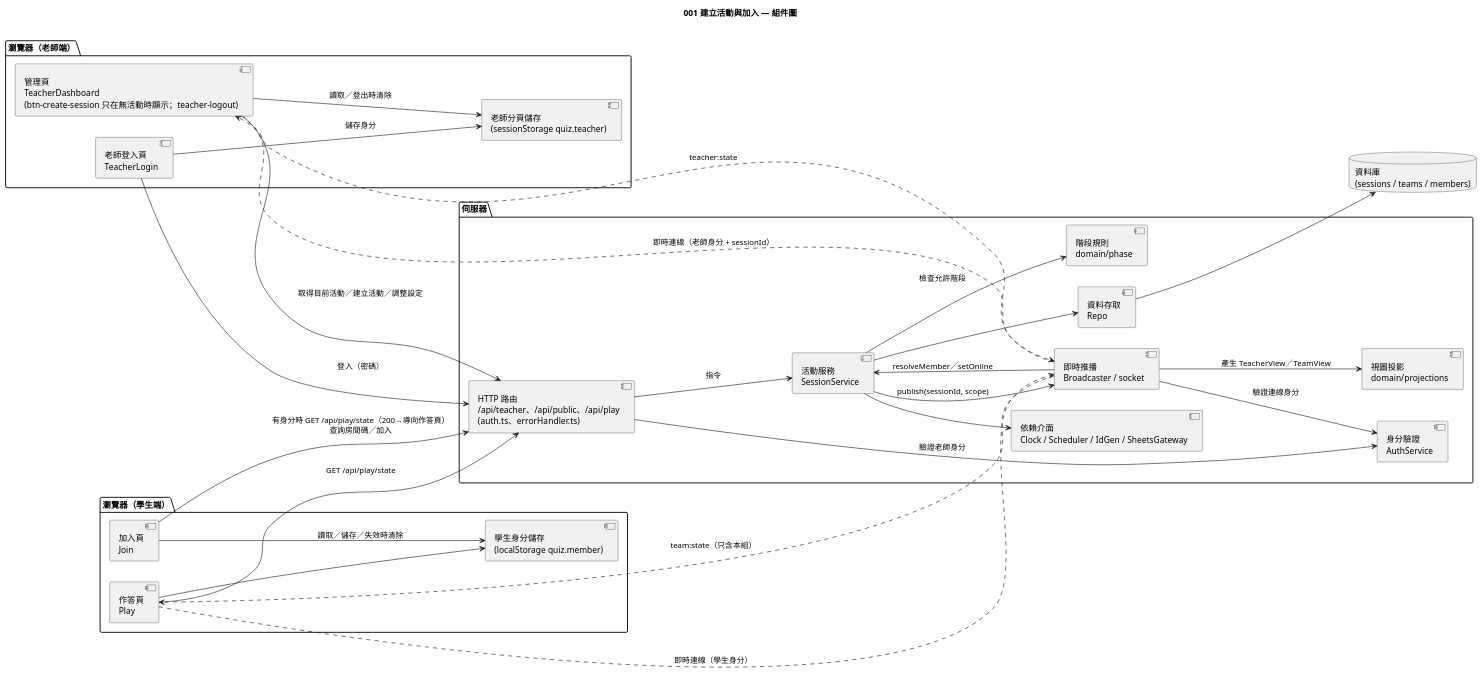
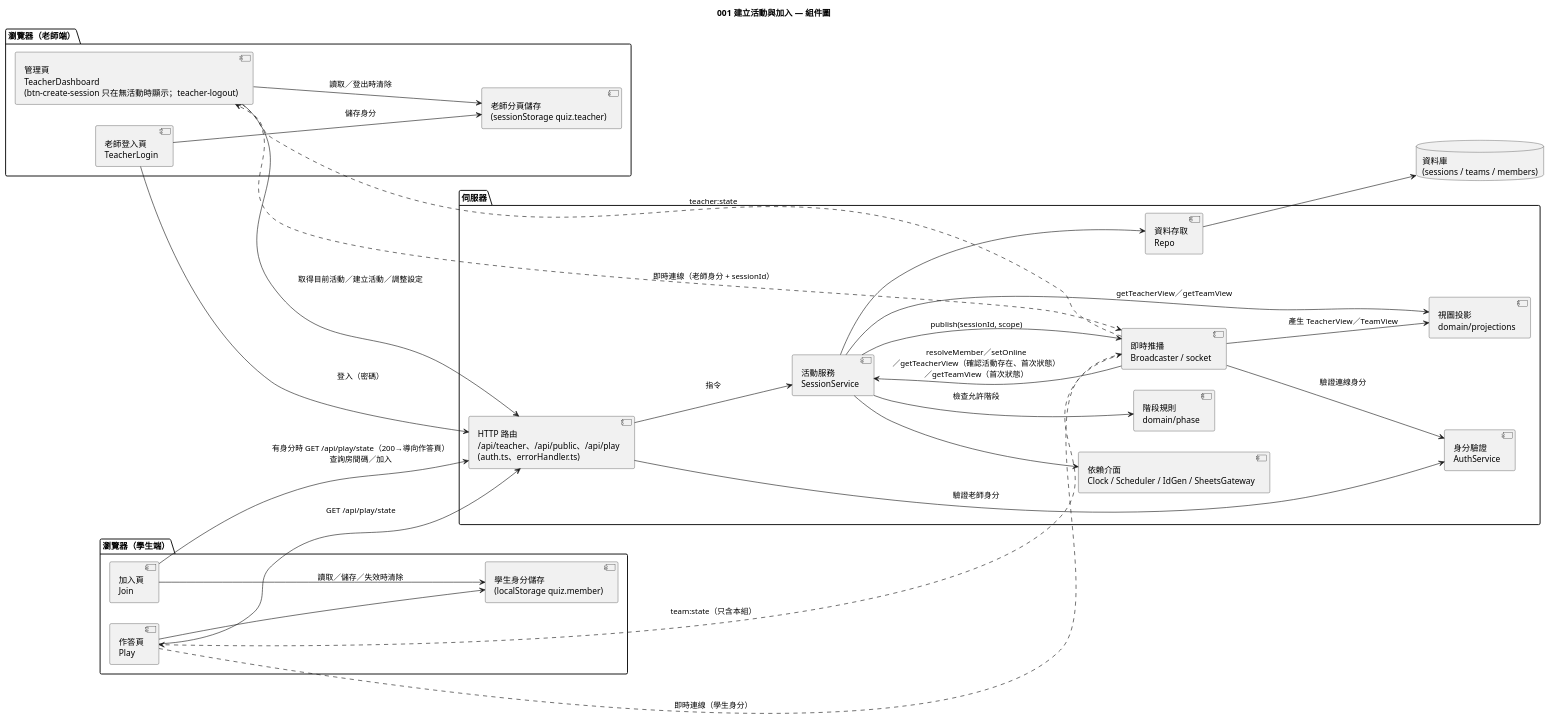
The diagram in diagrams/001-component.puml (mkj-mkj/SE_Final_Project_SpecKit), drawn with PlantUML before and after one commit. The commit also changed 49 other files, not shown here.

```diff
--- a/diagrams/001-component.puml
+++ b/diagrams/001-component.puml
@@ -1,55 +1,56 @@
 @startuml 001-component
 title 001 建立活動與加入 — 組件圖
 skinparam componentStyle uml2
 left to right direction
 
 package "瀏覽器（老師端）" {
   [老師登入頁\nTeacherLogin] as TLogin
   [管理頁\nTeacherDashboard\n(btn-create-session 只在無活動時顯示；teacher-logout)] as TDash
   [老師分頁儲存\n(sessionStorage quiz.teacher)] as TStore
 }
 
 package "瀏覽器（學生端）" {
   [加入頁\nJoin] as Join
   [作答頁\nPlay] as Play
   [學生身分儲存\n(localStorage quiz.member)] as MStore
 }
 
 package "伺服器" {
   [HTTP 路由\n/api/teacher、/api/public、/api/play\n(auth.ts、errorHandler.ts)] as Http
   [身分驗證\nAuthService] as Auth
   [活動服務\nSessionService] as Svc
   [階段規則\ndomain/phase] as Phase
   [視圖投影\ndomain/projections] as Proj
   [即時推播\nBroadcaster / socket] as RT
   [資料存取\nRepo] as Repo
   [依賴介面\nClock / Scheduler / IdGen / SheetsGateway] as Ports
 }
 
 database "資料庫\n(sessions / teams / members)" as DB
 
 TLogin --> Http : 登入（密碼）
 TDash --> Http : 取得目前活動／建立活動／調整設定
 TDash ..> RT : 即時連線（老師身分 + sessionId）
 TLogin --> TStore : 儲存身分
 TDash --> TStore : 讀取／登出時清除
 
 Join --> Http : 有身分時 GET /api/play/state（200→導向作答頁）\n查詢房間碼／加入
 Play --> Http : GET /api/play/state
 Play ..> RT : 即時連線（學生身分）
 Join --> MStore : 讀取／儲存／失效時清除
 Play --> MStore
 
 Http --> Auth : 驗證老師身分
 Http --> Svc : 指令
 Svc --> Phase : 檢查允許階段
 Svc --> Repo
 Svc --> Ports
 Repo --> DB
 Svc --> RT : publish(sessionId, scope)
+Svc --> Proj : getTeacherView／getTeamView
 RT --> Proj : 產生 TeacherView／TeamView
 RT --> Auth : 驗證連線身分
-RT --> Svc : resolveMember／setOnline
+RT --> Svc : resolveMember／setOnline\n／getTeacherView（確認活動存在、首次狀態）\n／getTeamView（首次狀態）
 RT ..> TDash : teacher:state
 RT ..> Play : team:state（只含本組）
 @enduml
```
